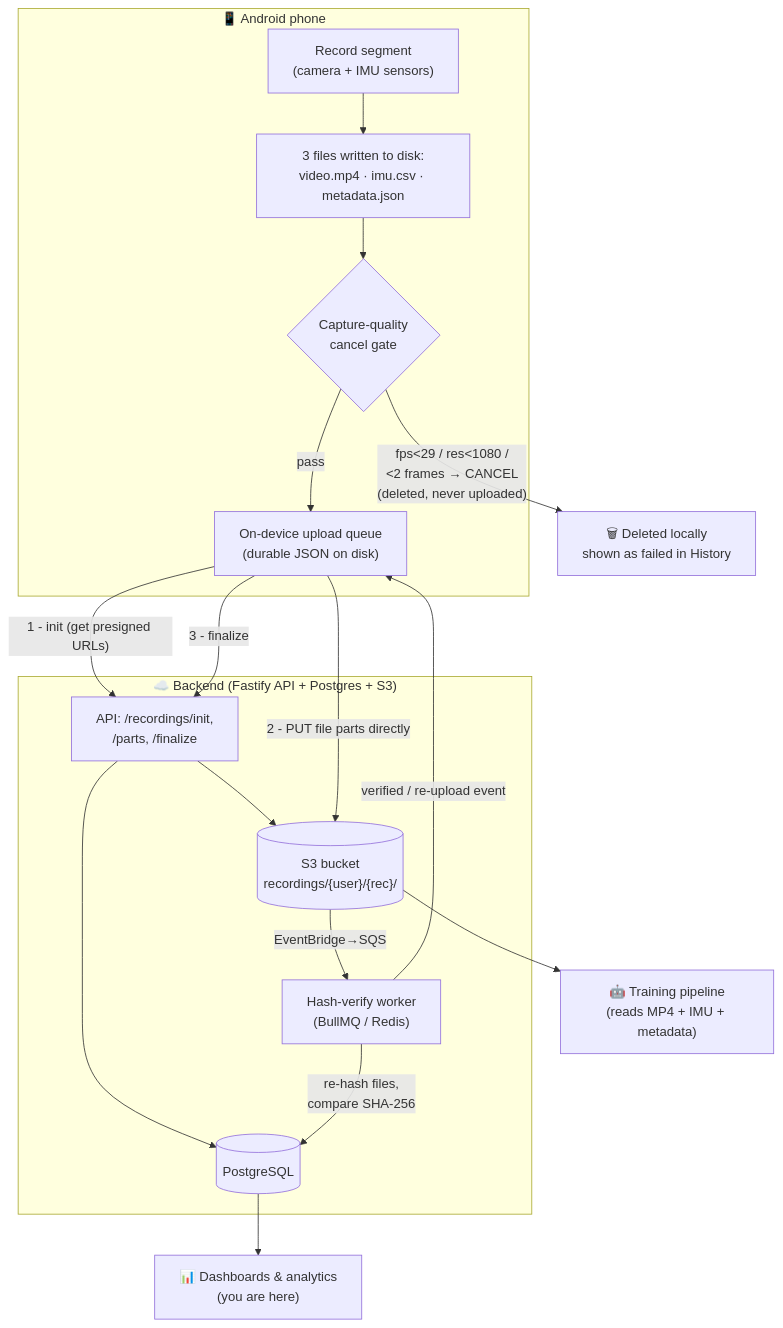
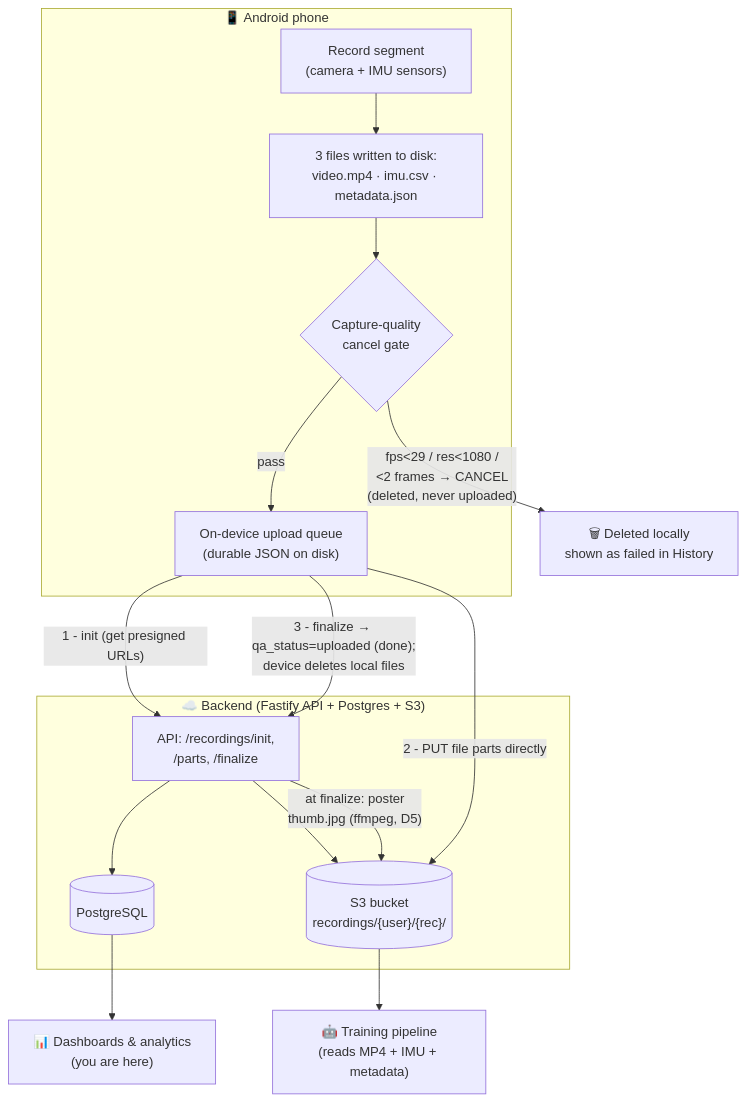
The first of 5 diagrams in DATA-MODEL.md (adnaanmhd/hl-homelander), drawn with Mermaid before and after one commit. The commit also changed other lines of this file and 160 other files, not shown here.

````diff
--- a/DATA-MODEL.md
+++ b/DATA-MODEL.md
@@ -31,32 +31,29 @@
 ```mermaid
 flowchart TD
     subgraph Phone["📱 Android phone"]
         REC["Record segment<br/>(camera + IMU sensors)"]
         FILES["3 files written to disk:<br/>video.mp4 · imu.csv · metadata.json"]
         QGATE{"Capture-quality<br/>cancel gate"}
         QUEUE["On-device upload queue<br/>(durable JSON on disk)"]
         REC --> FILES --> QGATE
     end
 
     QGATE -->|"fps<29 / res<1080 /<br/><2 frames → CANCEL<br/>(deleted, never uploaded)"| DROP["🗑 Deleted locally<br/>shown as failed in History"]
     QGATE -->|"pass"| QUEUE
 
     subgraph Backend["☁️ Backend (Fastify API + Postgres + S3)"]
         API["API: /recordings/init,<br/>/parts, /finalize"]
         S3[("S3 bucket<br/>recordings/{user}/{rec}/")]
         PG[("PostgreSQL")]
-        WORKER["Hash-verify worker<br/>(BullMQ / Redis)"]
         API --> PG
         API --> S3
-        S3 -->|"EventBridge→SQS"| WORKER
-        WORKER -->|"re-hash files,<br/>compare SHA-256"| PG
+        API -->|"at finalize: poster<br/>thumb.jpg (ffmpeg, D5)"| S3
     end
 
     QUEUE -->|"1 - init (get presigned URLs)"| API
     QUEUE -->|"2 - PUT file parts directly"| S3
-    QUEUE -->|"3 - finalize"| API
-    WORKER -->|"verified / re-upload event"| QUEUE
+    QUEUE -->|"3 - finalize → qa_status=uploaded (done);<br/>device deletes local files"| API
 
     PG --> DASH["📊 Dashboards & analytics<br/>(you are here)"]
     S3 --> ML["🤖 Training pipeline<br/>(reads MP4 + IMU + metadata)"]
 ```
````
